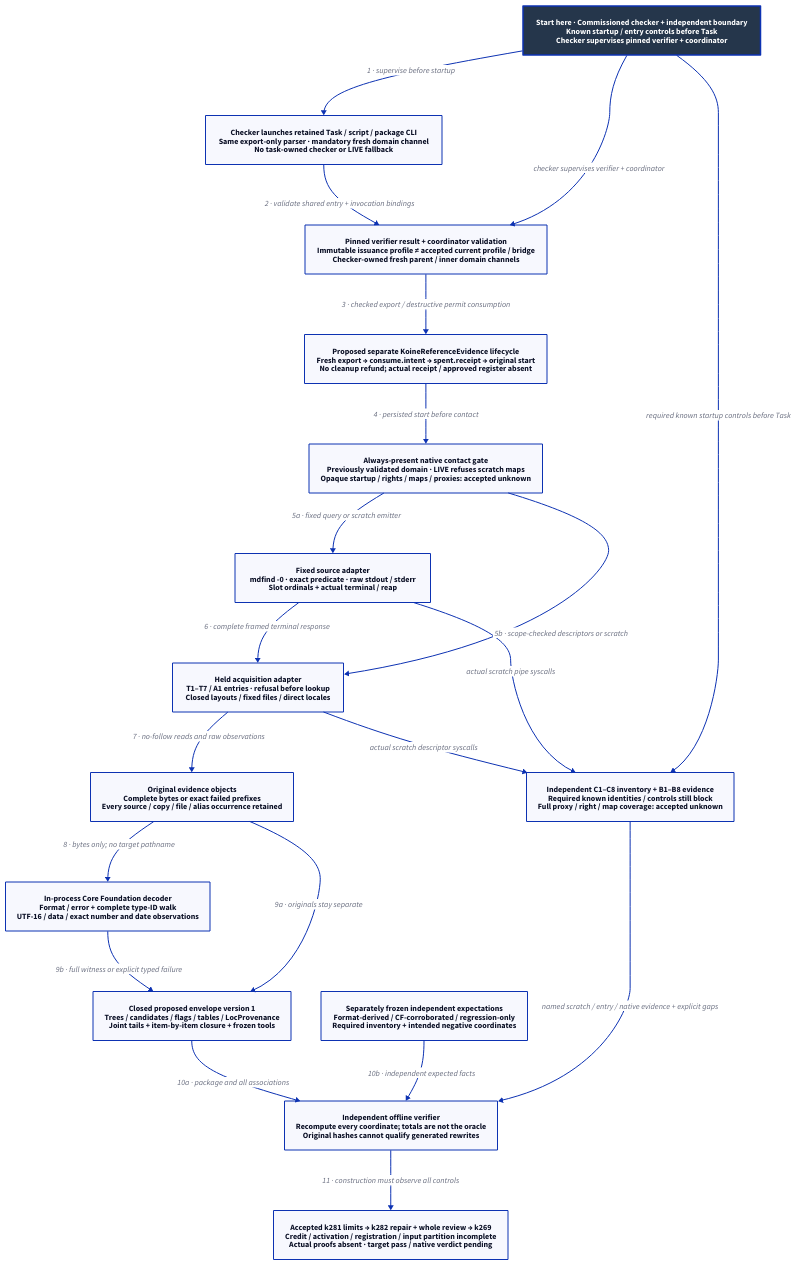
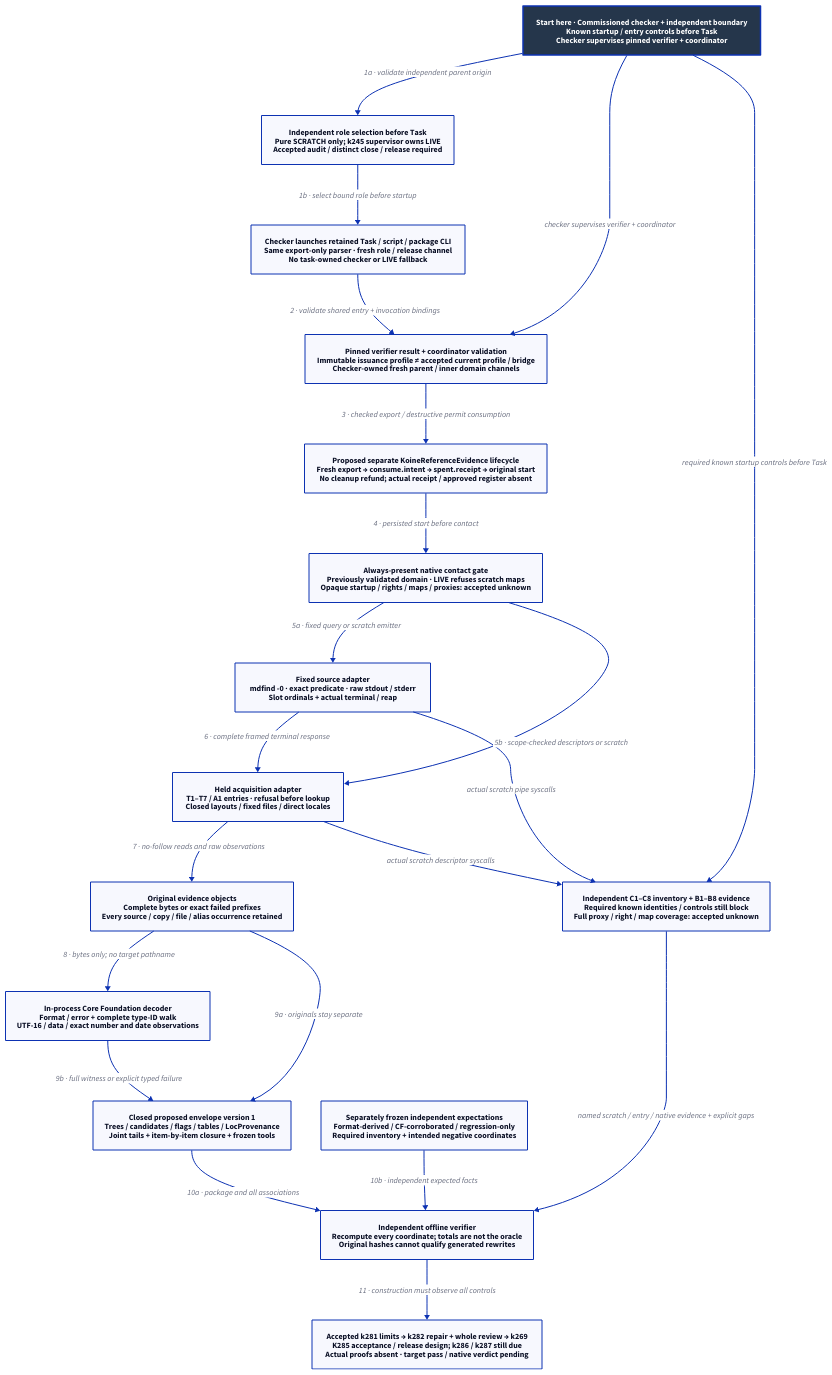
The diagram in docs/design/architecture/native-reference-instrument.d2 (Linkuistics/Koine), drawn with D2 before and after one commit. The commit also changed 29 other files, not shown here.

Commit message:
Define independent LIVE release and chartered acceptance (reference-evidence-live-acceptance-k285)

```diff
--- a/docs/design/architecture/native-reference-instrument.d2
+++ b/docs/design/architecture/native-reference-instrument.d2
@@ -1,38 +1,40 @@
 # Proposed evidence-tool components; none is implemented or qualified by this design.
 direction: down
 classes: {
   start: {style: {fill: "#25364B"; font-color: "#FFFFFF"; bold: true; stroke-width: 3}}
 }
 Start: "Start here · Commissioned checker + independent boundary\nKnown startup / entry controls before Task\nChecker supervises pinned verifier + coordinator" {class: start}
-Task: "Checker launches retained Task / script / package CLI\nSame export-only parser · mandatory fresh domain channel\nNo task-owned checker or LIVE fallback"
+Role: "Independent role selection before Task\nPure SCRATCH only; k245 supervisor owns LIVE\nAccepted audit / distinct close / release required"
+Task: "Checker launches retained Task / script / package CLI\nSame export-only parser · fresh role / release channel\nNo task-owned checker or LIVE fallback"
 Admission: "Pinned verifier result + coordinator validation\nImmutable issuance profile ≠ accepted current profile / bridge\nChecker-owned fresh parent / inner domain channels"
 Authority: "Proposed separate KoineReferenceEvidence lifecycle\nFresh export → consume.intent → spent.receipt → original start\nNo cleanup refund; actual receipt / approved register absent"
 Gate: "Always-present native contact gate\nPreviously validated domain · LIVE refuses scratch maps\nOpaque startup / rights / maps / proxies: accepted unknown"
 Source: "Fixed source adapter\nmdfind -0 · exact predicate · raw stdout / stderr\nSlot ordinals + actual terminal / reap"
 Held: "Held acquisition adapter\nT1–T7 / A1 entries · refusal before lookup\nClosed layouts / fixed files / direct locales"
 Objects: "Original evidence objects\nComplete bytes or exact failed prefixes\nEvery source / copy / file / alias occurrence retained"
 Decoder: "In-process Core Foundation decoder\nFormat / error + complete type-ID walk\nUTF-16 / data / exact number and date observations"
 Envelope: "Closed proposed envelope version 1\nTrees / candidates / flags / tables / LocProvenance\nJoint tails + item-by-item closure + frozen tools"
 Oracle: "Separately frozen independent expectations\nFormat-derived / CF-corroborated / regression-only\nRequired inventory + intended negative coordinates"
 Observer: "Independent C1–C8 inventory + B1–B8 evidence\nRequired known identities / controls still block\nFull proxy / right / map coverage: accepted unknown"
 Verifier: "Independent offline verifier\nRecompute every coordinate; totals are not the oracle\nOriginal hashes cannot qualify generated rewrites"
-Boundary: "Accepted k281 limits → k282 repair + whole review → k269\nCredit / activation / registration / input partition incomplete\nActual proofs absent · target pass / native verdict pending"
-Start -> Task: "1 · supervise before startup"
+Boundary: "Accepted k281 limits → k282 repair + whole review → k269\nK285 acceptance / release design; k286 / k287 still due\nActual proofs absent · target pass / native verdict pending"
+Start -> Role: "1a · validate independent parent origin"
+Role -> Task: "1b · select bound role before startup"
 Start -> Admission: "checker supervises verifier + coordinator"
 Start -> Observer: "required known startup controls before Task"
 Task -> Admission: "2 · validate shared entry + invocation bindings"
 Admission -> Authority: "3 · checked export / destructive permit consumption"
 Authority -> Gate: "4 · persisted start before contact"
 Gate -> Source: "5a · fixed query or scratch emitter"
 Gate -> Held: "5b · scope-checked descriptors or scratch"
 Source -> Held: "6 · complete framed terminal response"
 Held -> Objects: "7 · no-follow reads and raw observations"
 Objects -> Decoder: "8 · bytes only; no target pathname"
 Objects -> Envelope: "9a · originals stay separate"
 Decoder -> Envelope: "9b · full witness or explicit typed failure"
 Envelope -> Verifier: "10a · package and all associations"
 Oracle -> Verifier: "10b · independent expected facts"
 Source -> Observer: "actual scratch pipe syscalls"
 Held -> Observer: "actual scratch descriptor syscalls"
 Observer -> Verifier: "named scratch / entry / native evidence + explicit gaps"
 Verifier -> Boundary: "11 · construction must observe all controls"
```
